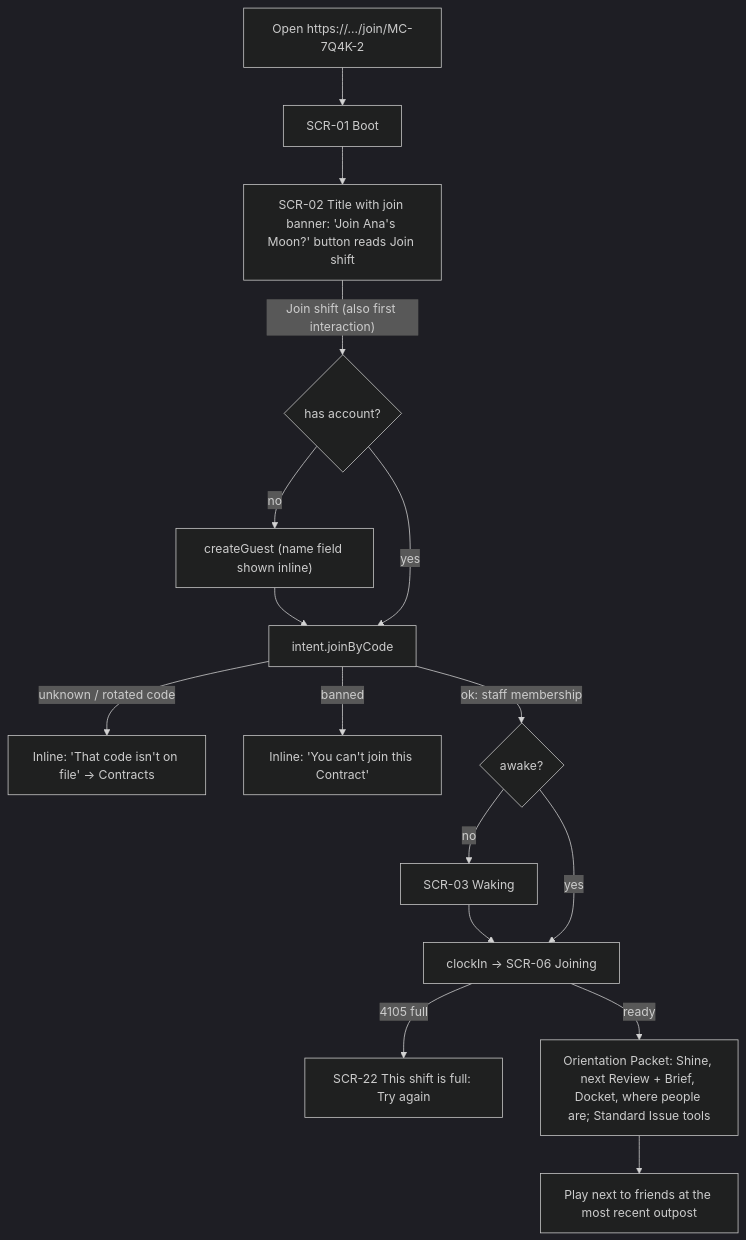
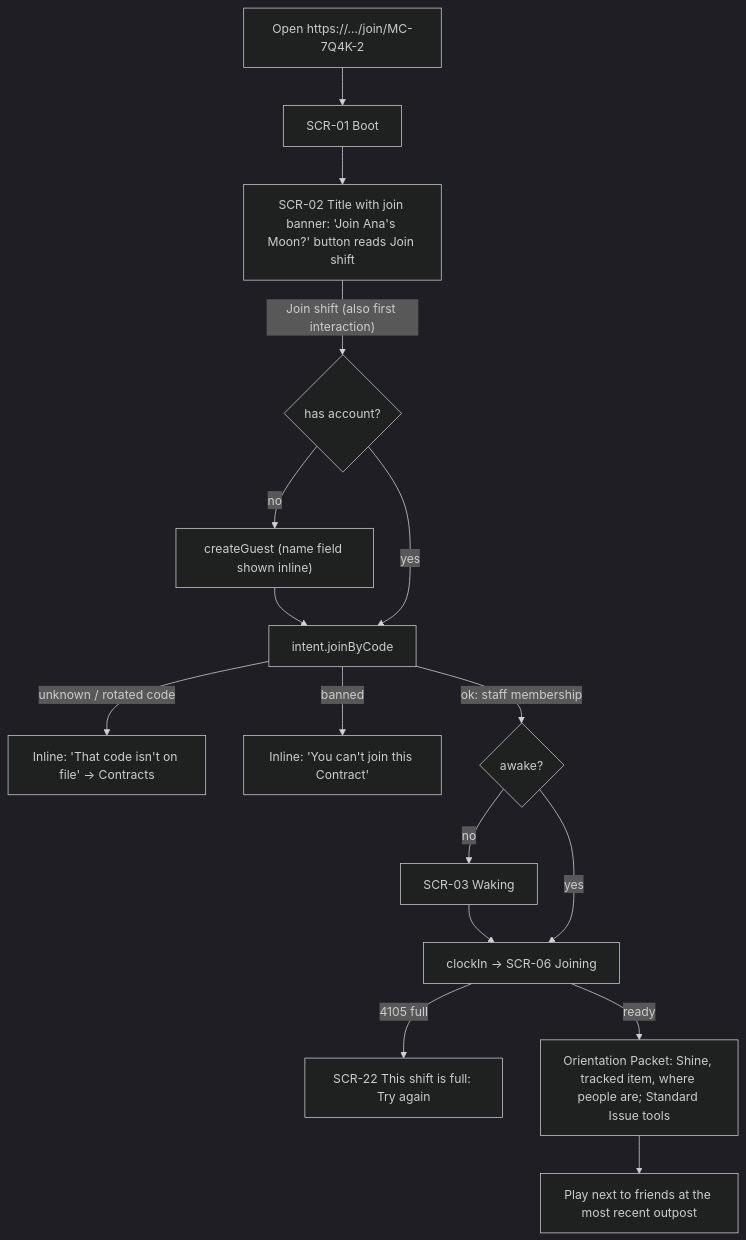
Before and after one commit to ceenguyen05/MoonCleanup: the third of 7 diagrams in docs/design/ui-screens-and-flows.md, drawn with Mermaid (dark theme). The commit also changed other lines of this file and 47 other files, not shown here.

````diff
--- a/docs/design/ui-screens-and-flows.md
+++ b/docs/design/ui-screens-and-flows.md
@@ -1080,16 +1077,16 @@
 ```mermaid
 flowchart TD
   A["Open https://.../join/MC-7Q4K-2"] --> B["SCR-01 Boot"]
   B --> C["SCR-02 Title with join banner: 'Join Ana's Moon?' button reads Join shift"]
   C -->|"Join shift (also first interaction)"| G{"has account?"}
   G -->|"no"| N["createGuest (name field shown inline)"] --> K
   G -->|"yes"| K["intent.joinByCode"]
   K -->|"unknown / rotated code"| E1["Inline: 'That code isn't on file' -> Contracts"]
   K -->|"banned"| E2["Inline: 'You can't join this Contract'"]
   K -->|"ok: staff membership"| W{"awake?"}
   W -->|"no"| WK["SCR-03 Waking"] --> J
   W -->|"yes"| J["clockIn -> SCR-06 Joining"]
   J -->|"4105 full"| F["SCR-22 This shift is full: Try again"]
-  J -->|"ready"| O["Orientation Packet: Shine, next Review + Brief, Docket, where people are; Standard Issue tools"]
+  J -->|"ready"| O["Orientation Packet: Shine, tracked item, where people are; Standard Issue tools"]
   O --> PLAY["Play next to friends at the most recent outpost"]
 ```
````
